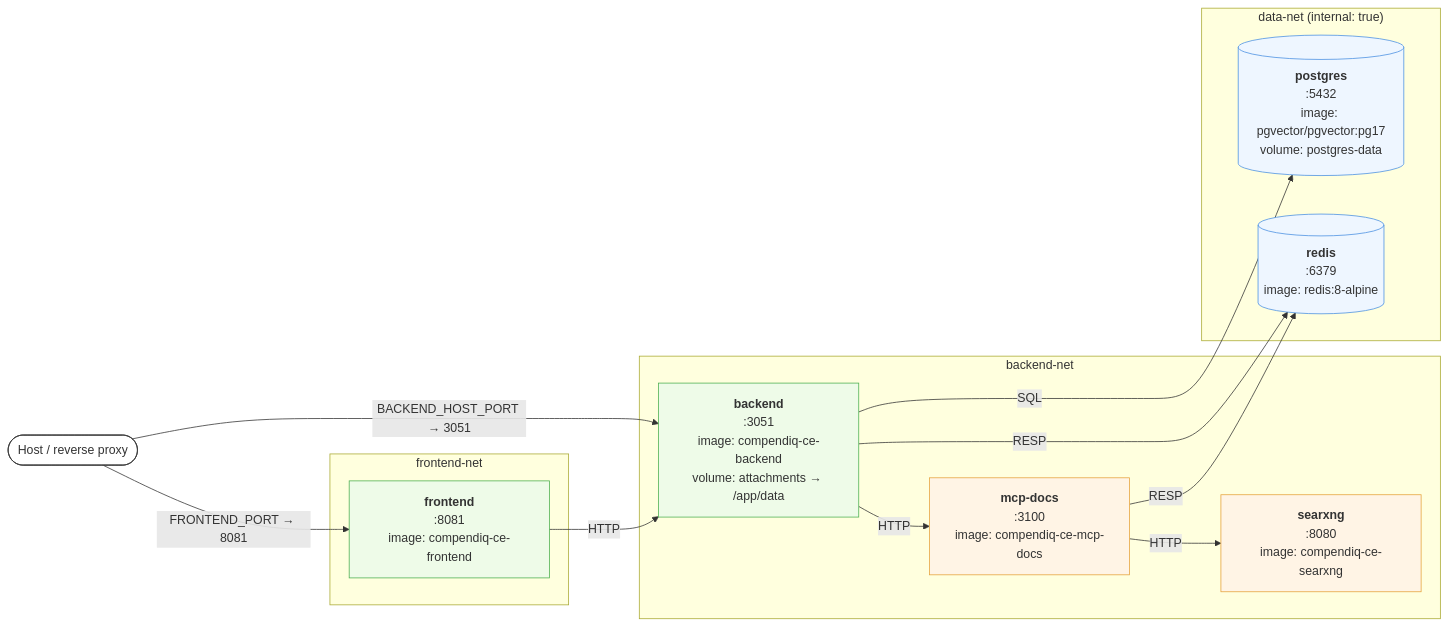
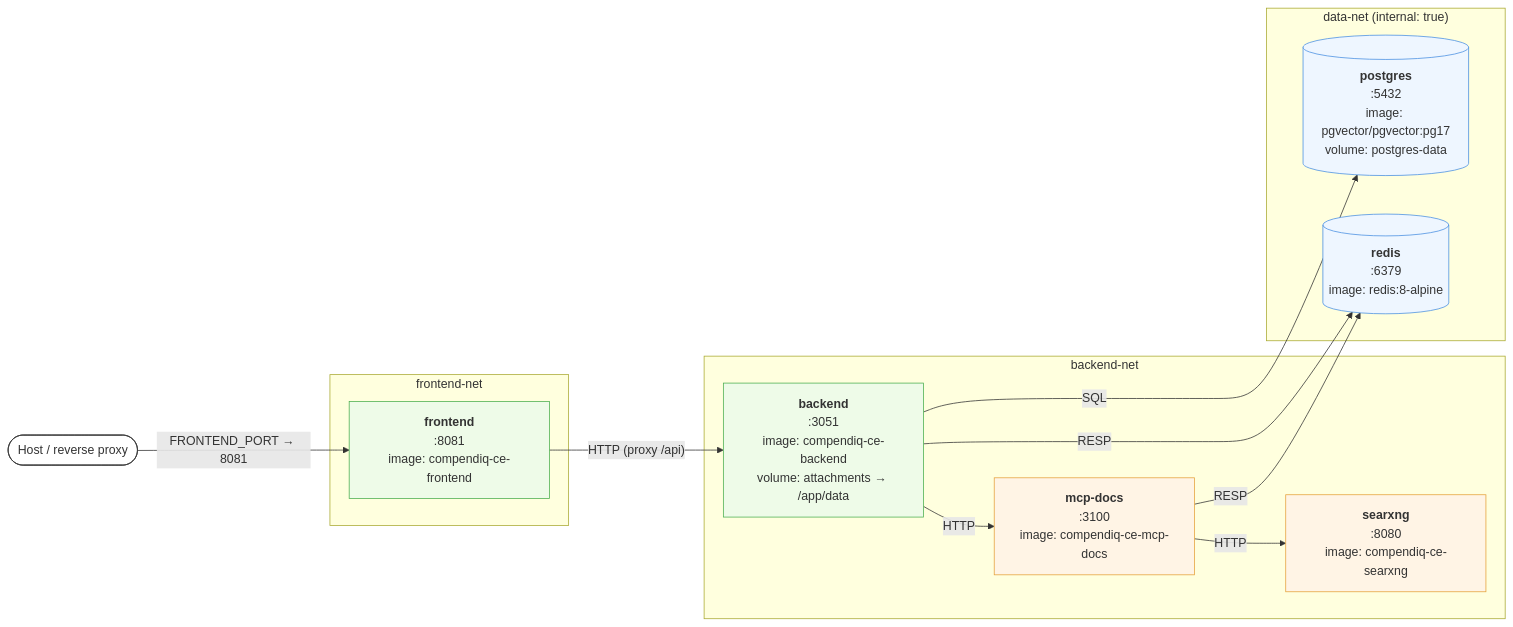
Before and after one commit to Compendiq/compendiq-ce: the first of 2 diagrams in docs/architecture/05-deployment.md, drawn with Mermaid. The commit also changed other lines of this file and 10 other files, not shown here.

````diff
--- a/docs/architecture/05-deployment.md
+++ b/docs/architecture/05-deployment.md
@@ -9,38 +9,37 @@
 ```mermaid
 flowchart LR
     host(["Host / reverse proxy"])
 
     subgraph fe_net["frontend-net"]
         fe["<b>frontend</b><br/>:8081<br/>image: compendiq-ce-frontend"]
     end
 
     subgraph be_net["backend-net"]
         be["<b>backend</b><br/>:3051<br/>image: compendiq-ce-backend<br/>volume: attachments → /app/data"]
         mcp["<b>mcp-docs</b><br/>:3100<br/>image: compendiq-ce-mcp-docs"]
         searx["<b>searxng</b><br/>:8080<br/>image: compendiq-ce-searxng"]
     end
 
     subgraph data_net["data-net (internal: true)"]
         pg[("<b>postgres</b><br/>:5432<br/>image: pgvector/pgvector:pg17<br/>volume: postgres-data")]
         rd[("<b>redis</b><br/>:6379<br/>image: redis:8-alpine")]
     end
 
     host -- "FRONTEND_PORT → 8081" --> fe
-    host -- "BACKEND_HOST_PORT → 3051" --> be
-    fe -- "HTTP" --> be
+    fe -- "HTTP (proxy /api)" --> be
     be -- "HTTP" --> mcp
     mcp -- "HTTP" --> searx
     be -- "SQL" --> pg
     be -- "RESP" --> rd
     mcp -- "RESP" --> rd
 
     classDef ext fill:#fff,stroke:#333
     classDef net fill:#fafafa,stroke:#bbb,stroke-dasharray: 4 4
     classDef svc fill:#eefbe8,stroke:#4caf50
     classDef data fill:#eef6ff,stroke:#4a90e2
     classDef side fill:#fff4e5,stroke:#e5a23c
     class host ext
     class fe,be svc
     class mcp,searx side
     class pg,rd data
 ```
````
